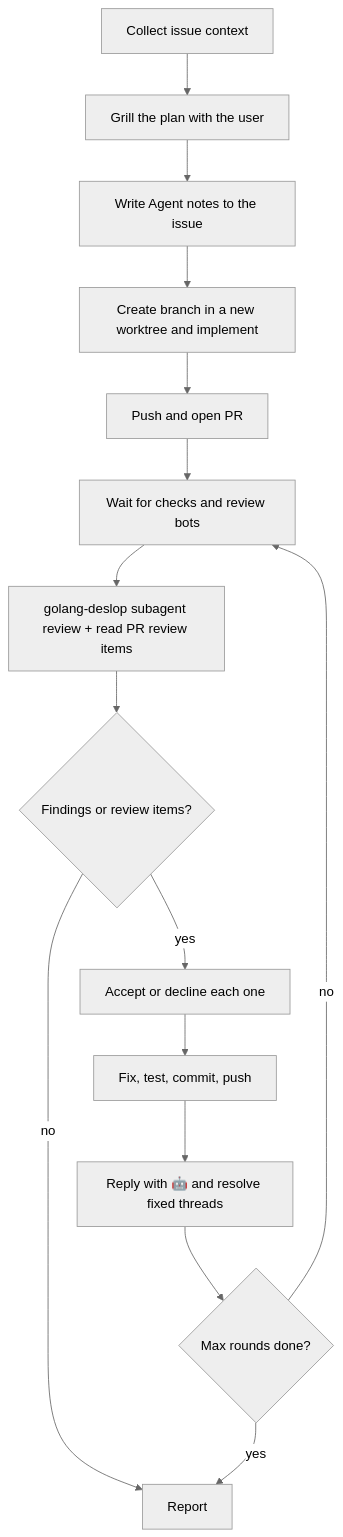
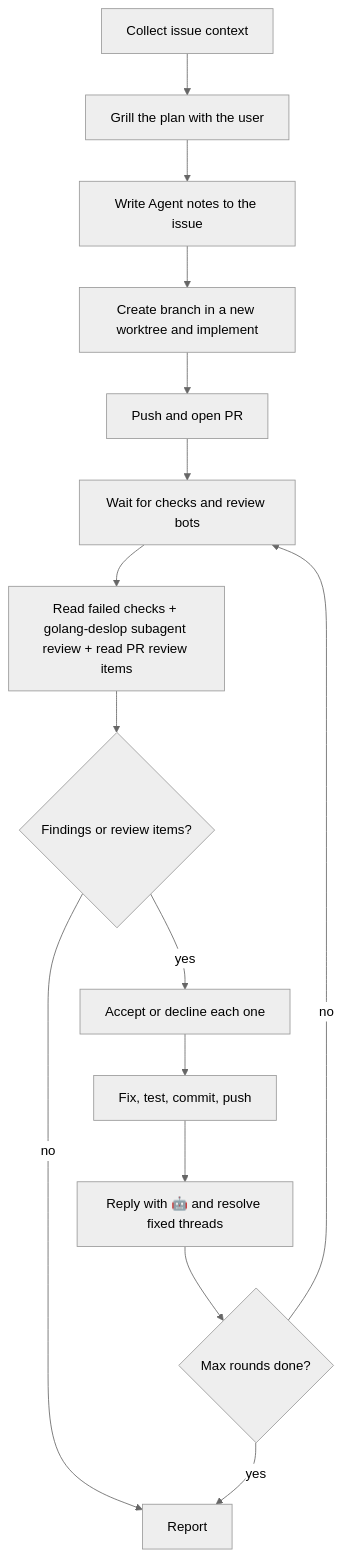
The diagram in skills/bot-implement/README.md (crosleyzack/skills), drawn with Mermaid (neutral theme) before and after one commit. The commit also changed other lines of this file and 1 other file, not shown here.

Commit message:
fix: treat failed checks as findings in bot-implement

````diff
--- a/skills/bot-implement/README.md
+++ b/skills/bot-implement/README.md
@@ -16,17 +16,17 @@
 ```mermaid
 flowchart TD
     A[Collect issue context] --> B[Grill the plan with the user]
     B --> C[Write Agent notes to the issue]
     C --> D[Create branch in a new worktree and implement]
     D --> E[Push and open PR]
     E --> W[Wait for checks and review bots]
-    W --> F[golang-deslop subagent review + read PR review items]
+    W --> F[Read failed checks + golang-deslop subagent review + read PR review items]
     F --> G{Findings or review items?}
     G -- no --> R[Report]
     G -- yes --> H[Accept or decline each one]
     H --> I[Fix, test, commit, push]
     I --> J[Reply with 🤖 and resolve fixed threads]
     J --> K{Max rounds done?}
     K -- no --> W
     K -- yes --> R
 ```
````
